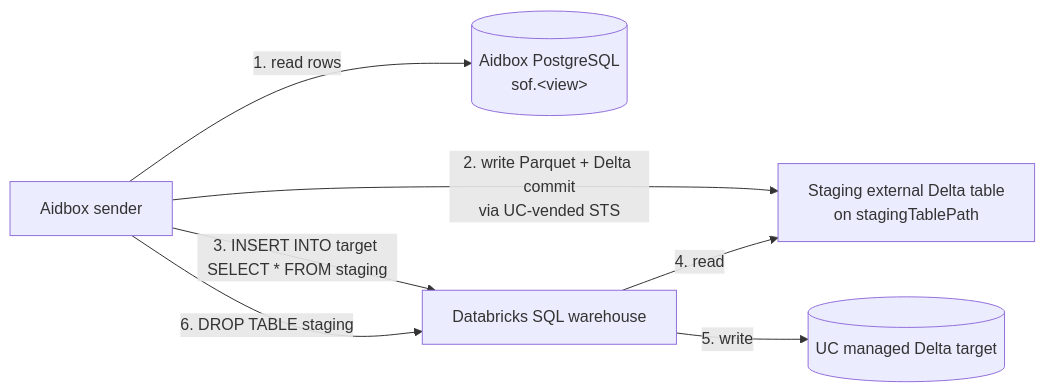
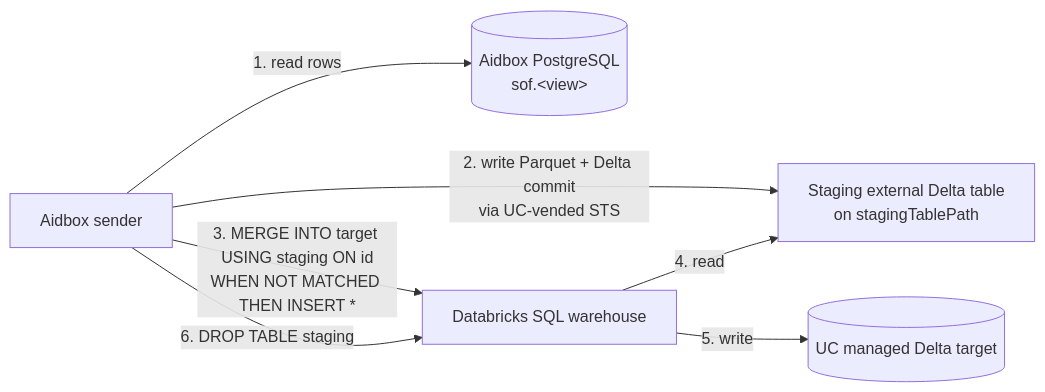
The fifth of 6 diagrams in docs/tutorials/subscriptions-tutorials/data-lakehouse-aidboxtopicdestination.md (HealthSamurai/aidbox-docs), drawn with Mermaid before and after one commit. The commit also changed other lines of this file, not shown here.

First line of the commit message:
docs: managed initial export is now MERGE INTO on id

````diff
--- a/docs/tutorials/subscriptions-tutorials/data-lakehouse-aidboxtopicdestination.md
+++ b/docs/tutorials/subscriptions-tutorials/data-lakehouse-aidboxtopicdestination.md
@@ -853,15 +853,15 @@
 ```mermaid
 graph LR
     PG[(Aidbox PostgreSQL<br/>sof.&lt;view&gt;)]:::neutral2
     M[Aidbox sender]:::blue2
     Staging[Staging external Delta table<br/>on stagingTablePath]:::yellow2
     WH[Databricks SQL warehouse]:::green2
     Target[(UC managed Delta target)]:::violet2
 
     M -- 1. read rows --> PG
     M -- 2. write Parquet + Delta commit<br/>via UC-vended STS --> Staging
-    M -- 3. INSERT INTO target SELECT * FROM staging --> WH
+    M -- 3. MERGE INTO target USING staging ON id<br/>WHEN NOT MATCHED THEN INSERT * --> WH
     WH -- 4. read --> Staging
     WH -- 5. write --> Target
     M -- 6. DROP TABLE staging --> WH
 ```
````
